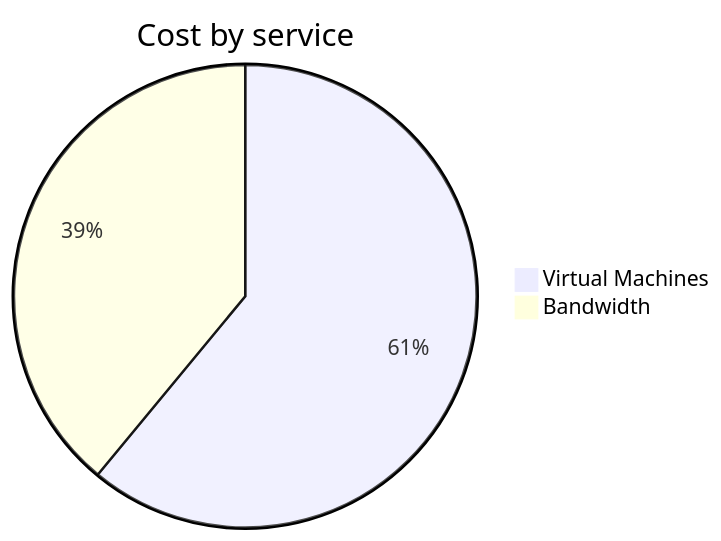
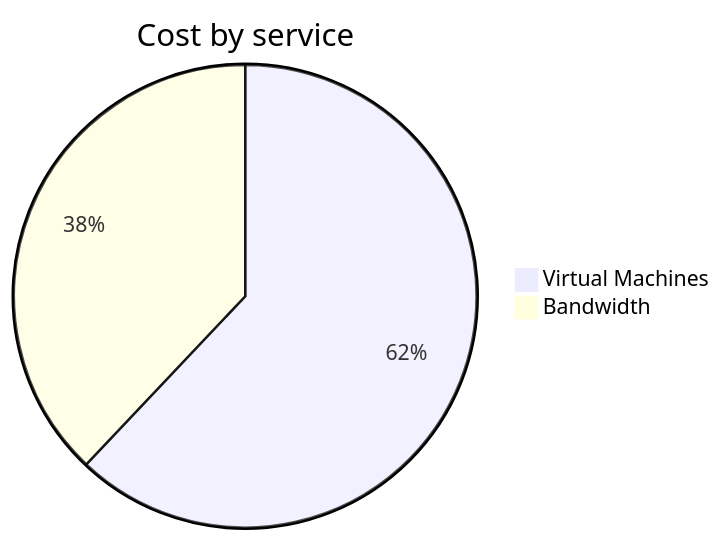
One commit to jpfulton/azure-personal-reports changed the second of 4 diagrams in cost-reports/personal-network/vpn-server.md. Above: the diagram before and after it, drawn with Mermaid. The commit also changed other lines of this file and 8 other files, not shown here.

````diff
--- a/cost-reports/personal-network/vpn-server.md
+++ b/cost-reports/personal-network/vpn-server.md
@@ -94,6 +94,6 @@
 ```mermaid
 pie
    title Cost by service
-   "Virtual Machines" : 4.16
+   "Virtual Machines" : 4.35
    "Bandwidth" : 2.66
 ```
````
